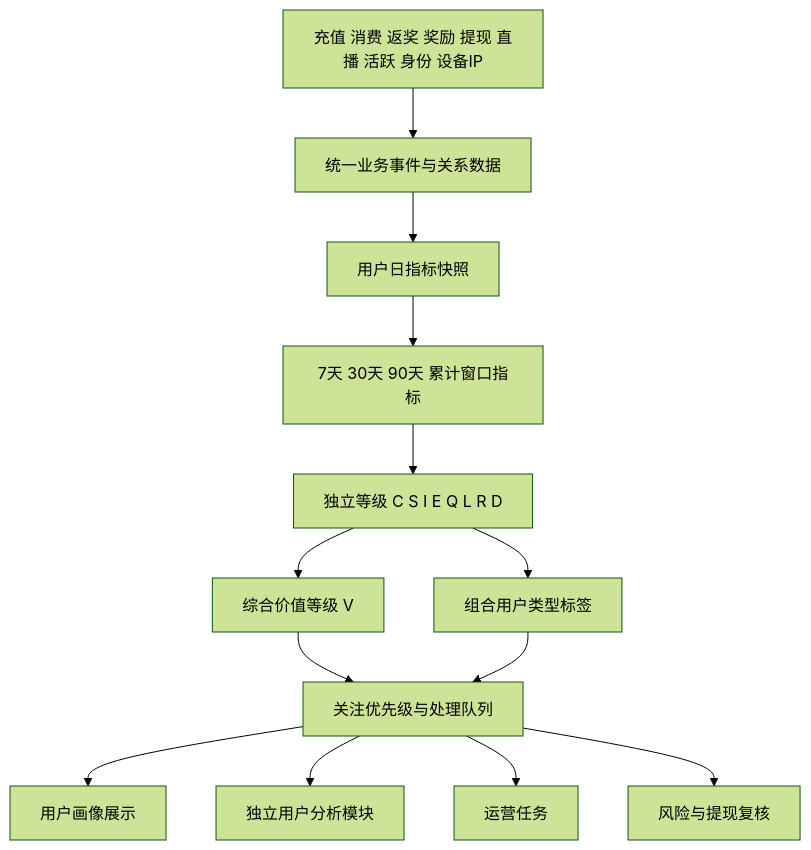
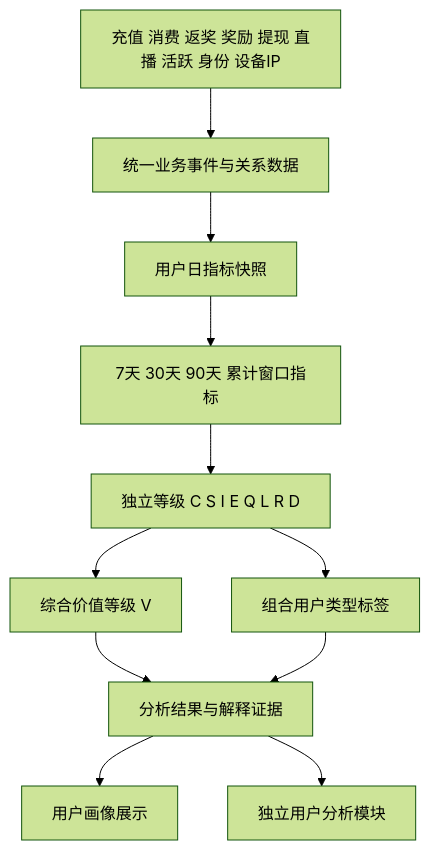
The diagram in sano用户画像/需求文档/SANO用户标签与价值识别体系.md (lxw13000/sano-pm), drawn with Mermaid (forest theme) before and after one commit. The commit also changed other lines of this file, not shown here.

````diff
--- a/sano用户画像/需求文档/SANO用户标签与价值识别体系.md
+++ b/sano用户画像/需求文档/SANO用户标签与价值识别体系.md
@@ -50,15 +56,13 @@
 ```mermaid
 flowchart TD
     Source[充值 消费 返奖 奖励 提现 直播 活跃 身份 设备IP] --> Event[统一业务事件与关系数据]
     Event --> Daily[用户日指标快照]
     Daily --> Window[7天 30天 90天 累计窗口指标]
     Window --> Grade[独立等级 C S I E Q L R D]
     Grade --> Value[综合价值等级 V]
     Grade --> Label[组合用户类型标签]
-    Value --> Decision[关注优先级与处理队列]
-    Label --> Decision
-    Decision --> Profile[用户画像展示]
-    Decision --> Analysis[独立用户分析模块]
-    Decision --> Operation[运营任务]
-    Decision --> Review[风险与提现复核]
+    Value --> Result[分析结果与解释证据]
+    Label --> Result
+    Result --> Profile[用户画像展示]
+    Result --> Analysis[独立用户分析模块]
 ```
````
